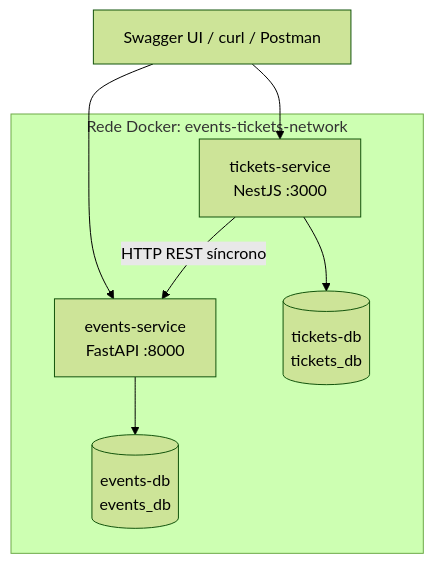
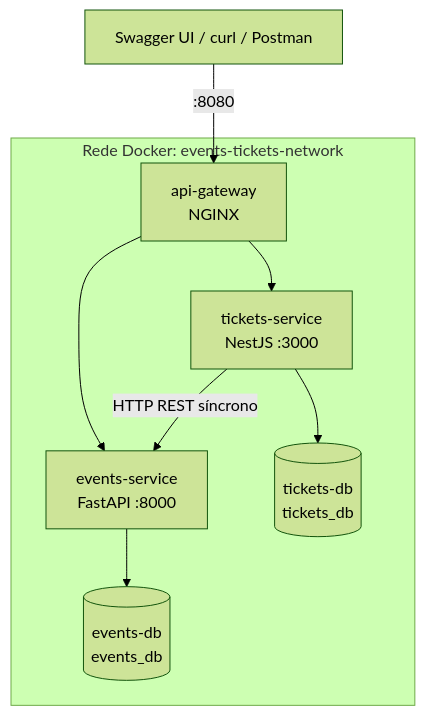
Before and after one commit to Igor-Lazarin-Oliani/events-tickets-ms: the diagram in README.md, drawn with Mermaid (forest theme). The commit also changed other lines of this file and 13 other files, not shown here.

Commit message:
feat: adiciona API Gateway NGINX como entrada única e protege as rotas internas de vagas

````diff
--- a/README.md
+++ b/README.md
@@ -34,15 +35,17 @@
 ```mermaid
 flowchart TB
     cliente["Swagger UI / curl / Postman"]
     subgraph rede["Rede Docker: events-tickets-network"]
+        gateway["api-gateway<br/>NGINX"]
         events["events-service<br/>FastAPI :8000"]
         tickets["tickets-service<br/>NestJS :3000"]
         eventsdb[("events-db<br/>events_db")]
         ticketsdb[("tickets-db<br/>tickets_db")]
     end
-    cliente --> events
-    cliente --> tickets
+    cliente -->|":8080"| gateway
+    gateway --> events
+    gateway --> tickets
     tickets -->|"HTTP REST síncrono"| events
     events --> eventsdb
     tickets --> ticketsdb
 ```
````
